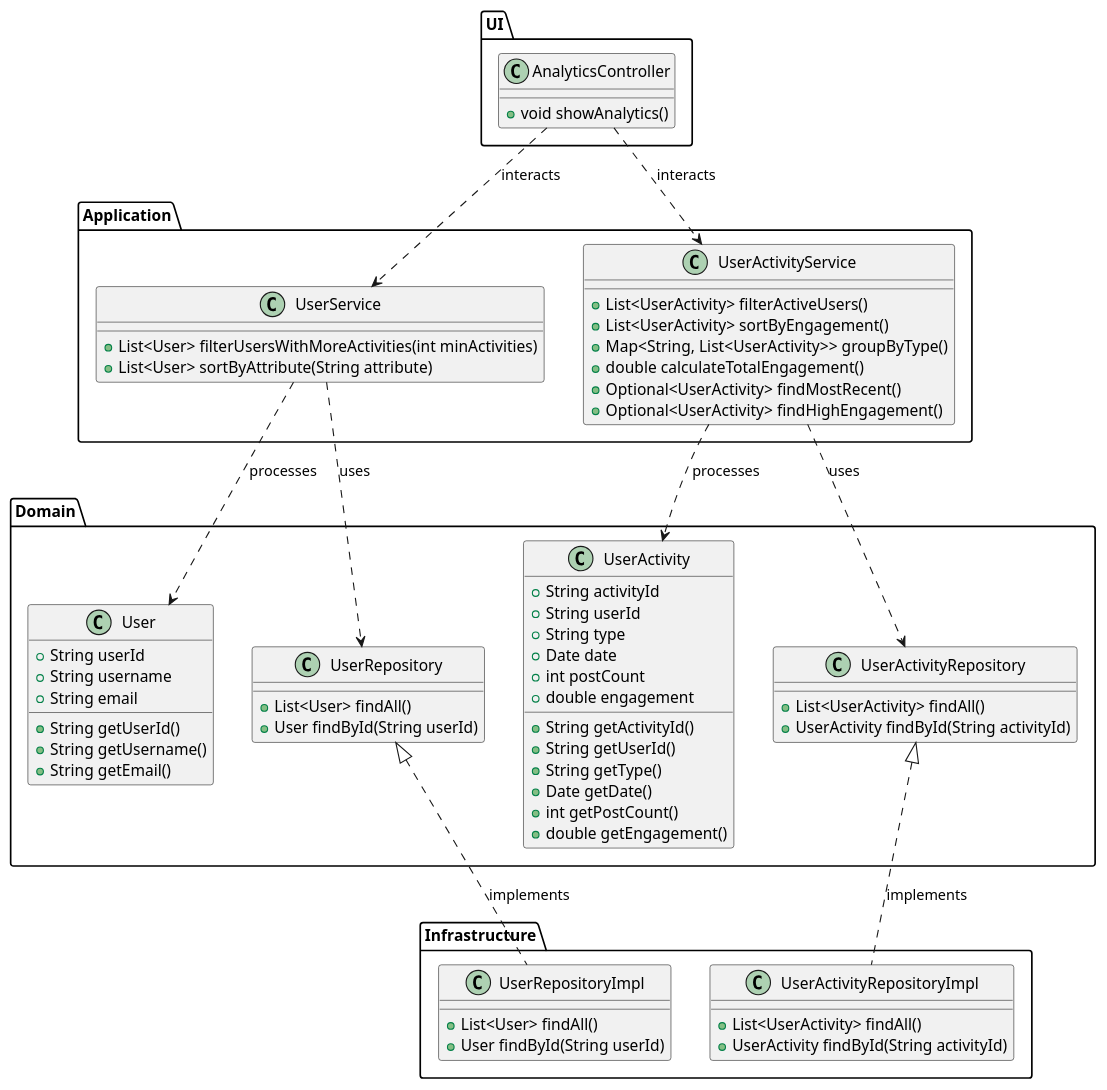
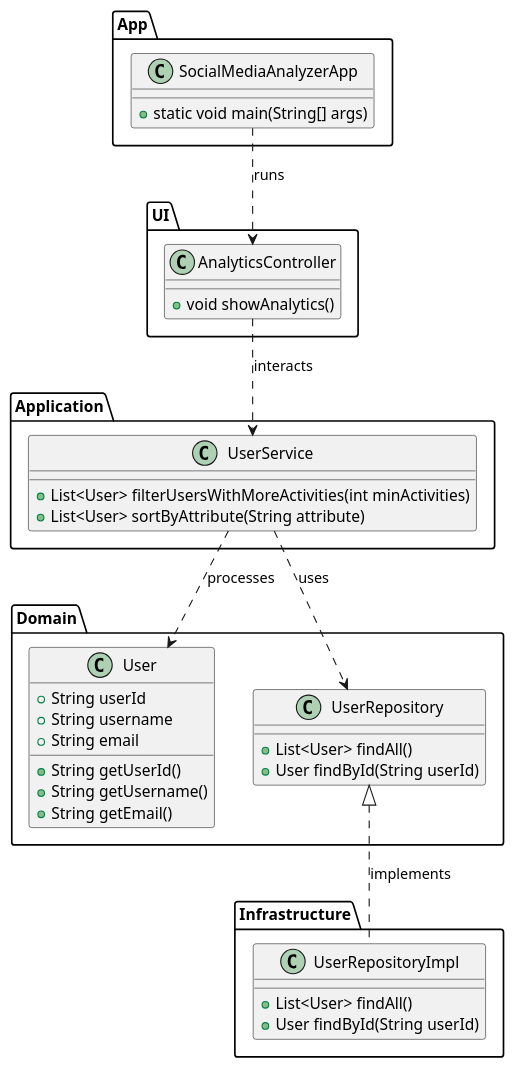
One commit to Obaid-Ghafoori/ocp-java-17 changed the diagram in src/chapter_10/social_media_analyzer/SocialMediaAnalyticsSystem.puml. Above: the diagram before and after it, drawn with PlantUML.

Commit message:
refactor: refine uml adopting clean arch.

```diff
--- a/src/chapter_10/social_media_analyzer/SocialMediaAnalyticsSystem.puml
+++ b/src/chapter_10/social_media_analyzer/SocialMediaAnalyticsSystem.puml
@@ -7,82 +7,51 @@
 @startuml
 
 package "Domain" {
     class User {
         +String userId
         +String username
         +String email
         +String getUserId()
         +String getUsername()
         +String getEmail()
     }
 
-    class UserActivity {
-        +String activityId
-        +String userId
-        +String type
-        +Date date
-        +int postCount
-        +double engagement
-        +String getActivityId()
-        +String getUserId()
-        +String getType()
-        +Date getDate()
-        +int getPostCount()
-        +double getEngagement()
-    }
-
     class UserRepository {
         +List<User> findAll()
         +User findById(String userId)
-    }
-
-    class UserActivityRepository {
-        +List<UserActivity> findAll()
-        +UserActivity findById(String activityId)
     }
 }
 
 package "Application" {
     class UserService {
         +List<User> filterUsersWithMoreActivities(int minActivities)
         +List<User> sortByAttribute(String attribute)
     }
-
-    class UserActivityService {
-        +List<UserActivity> filterActiveUsers()
-        +List<UserActivity> sortByEngagement()
-        +Map<String, List<UserActivity>> groupByType()
-        +double calculateTotalEngagement()
-        +Optional<UserActivity> findMostRecent()
-        +Optional<UserActivity> findHighEngagement()
-    }
 }
 
 package "Infrastructure" {
     class UserRepositoryImpl {
         +List<User> findAll()
         +User findById(String userId)
-    }
-
-    class UserActivityRepositoryImpl {
-        +List<UserActivity> findAll()
-        +UserActivity findById(String activityId)
     }
 }
 
 package "UI" {
     class AnalyticsController {
         +void showAnalytics()
     }
 }
 
+package "App" {
+    class SocialMediaAnalyzerApp {
+        +static void main(String[] args)
+    }
+}
+
+
 UserRepository <|.. UserRepositoryImpl : implements
-UserActivityRepository <|.. UserActivityRepositoryImpl : implements
 UserService ..> UserRepository : uses
-UserActivityService ..> UserActivityRepository : uses
 UserService ..> User : processes
-UserActivityService ..> UserActivity : processes
 AnalyticsController ..> UserService : interacts
-AnalyticsController ..> UserActivityService : interacts
-
+SocialMediaAnalyzerApp ..> AnalyticsController : runs
 @enduml
```
